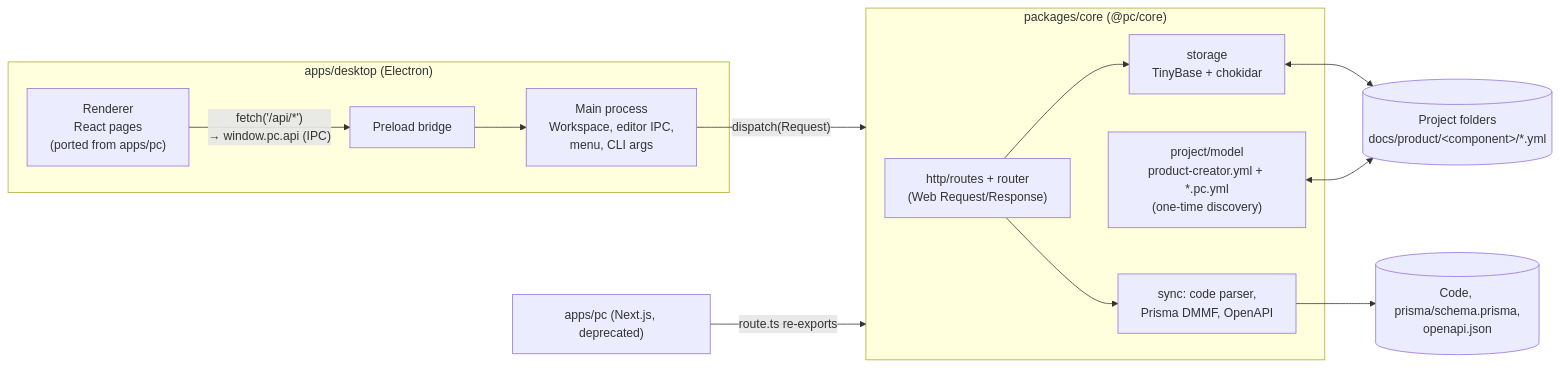
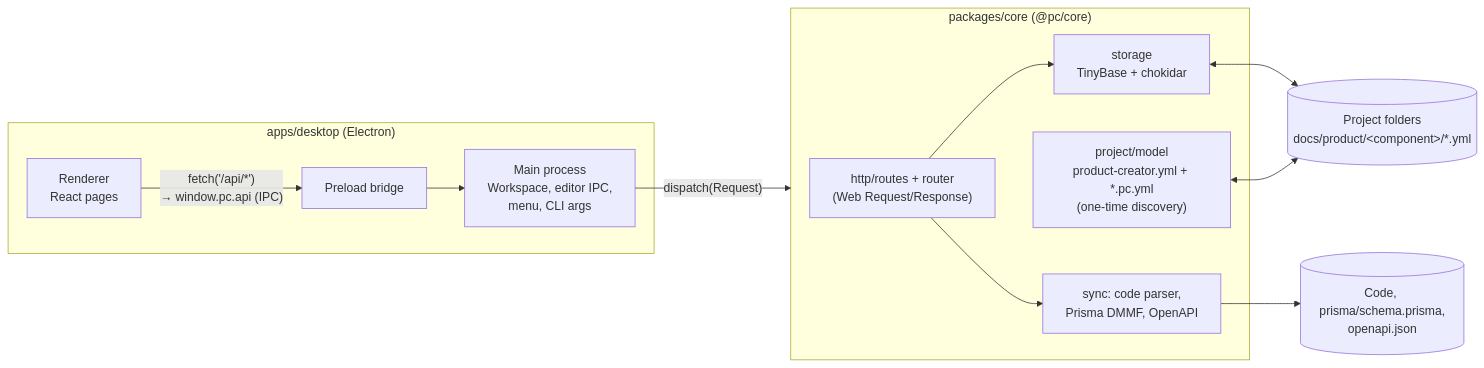
The diagram in docs/source/developer-guide/architecture.rst (atai/product-creator), drawn with Mermaid before and after one commit. The commit also changed other lines of this file and 107 other files, not shown here.

First line of the commit message:
Refactor project structure and dependencies: removed deprecated 'apps/pc' directory and updated related configurations

```diff
--- a/docs/source/developer-guide/architecture.rst
+++ b/docs/source/developer-guide/architecture.rst
@@ -8,17 +8,16 @@
 .. mermaid::
 
    flowchart LR
      subgraph Desktop["apps/desktop (Electron)"]
-       R["Renderer<br/>React pages<br/>(ported from apps/pc)"] -- "fetch('/api/*')<br/>→ window.pc.api (IPC)" --> P[Preload bridge]
+       R["Renderer<br/>React pages"] -- "fetch('/api/*')<br/>→ window.pc.api (IPC)" --> P[Preload bridge]
        P --> M["Main process<br/>Workspace, editor IPC,<br/>menu, CLI args"]
      end
      M -- "dispatch(Request)" --> C
-     W["apps/pc (Next.js, deprecated)"] -- "route.ts re-exports" --> C
      subgraph C["packages/core (@pc/core)"]
        H["http/routes + router<br/>(Web Request/Response)"] --> S["storage<br/>TinyBase + chokidar"]
        H --> Y["sync: code parser,<br/>Prisma DMMF, OpenAPI"]
        PM["project/model<br/>product-creator.yml + *.pc.yml<br/>(one-time discovery)"]
      end
      S <--> F[("Project folders<br/>docs/product/&lt;component&gt;/*.yml")]
      PM <--> F
      Y --> SRC[("Code, prisma/schema.prisma,<br/>openapi.json")]
```
